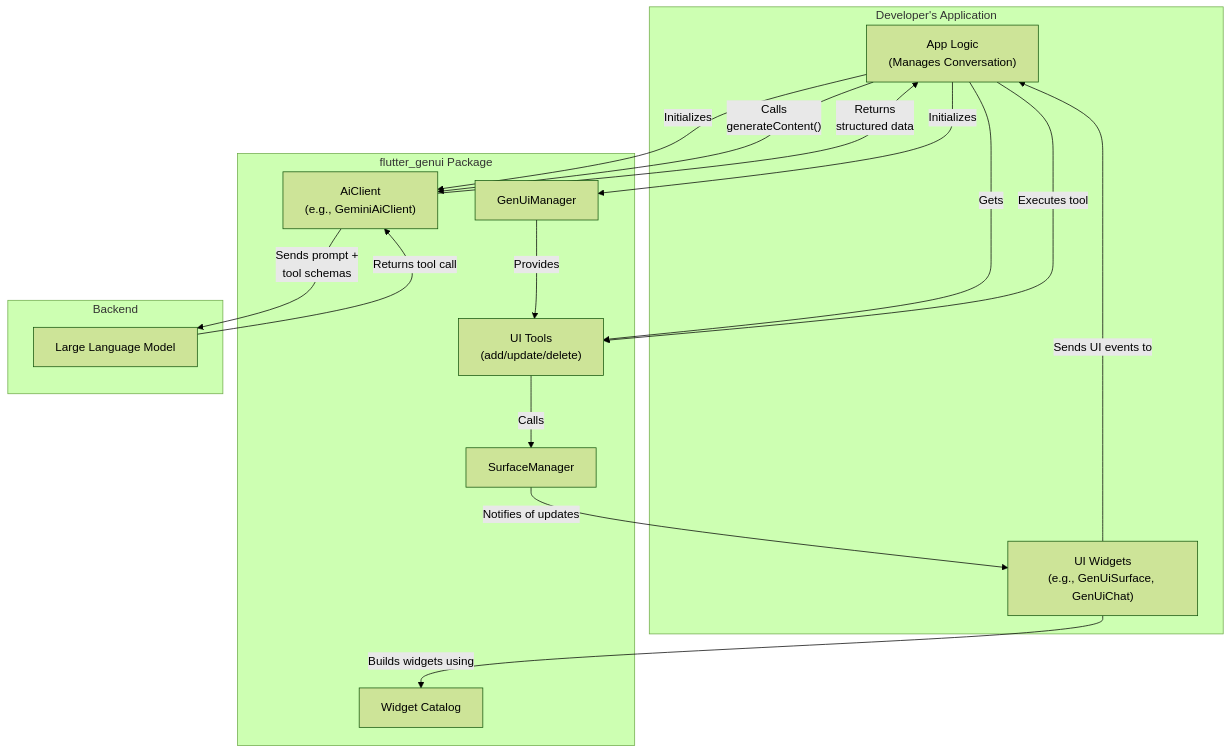
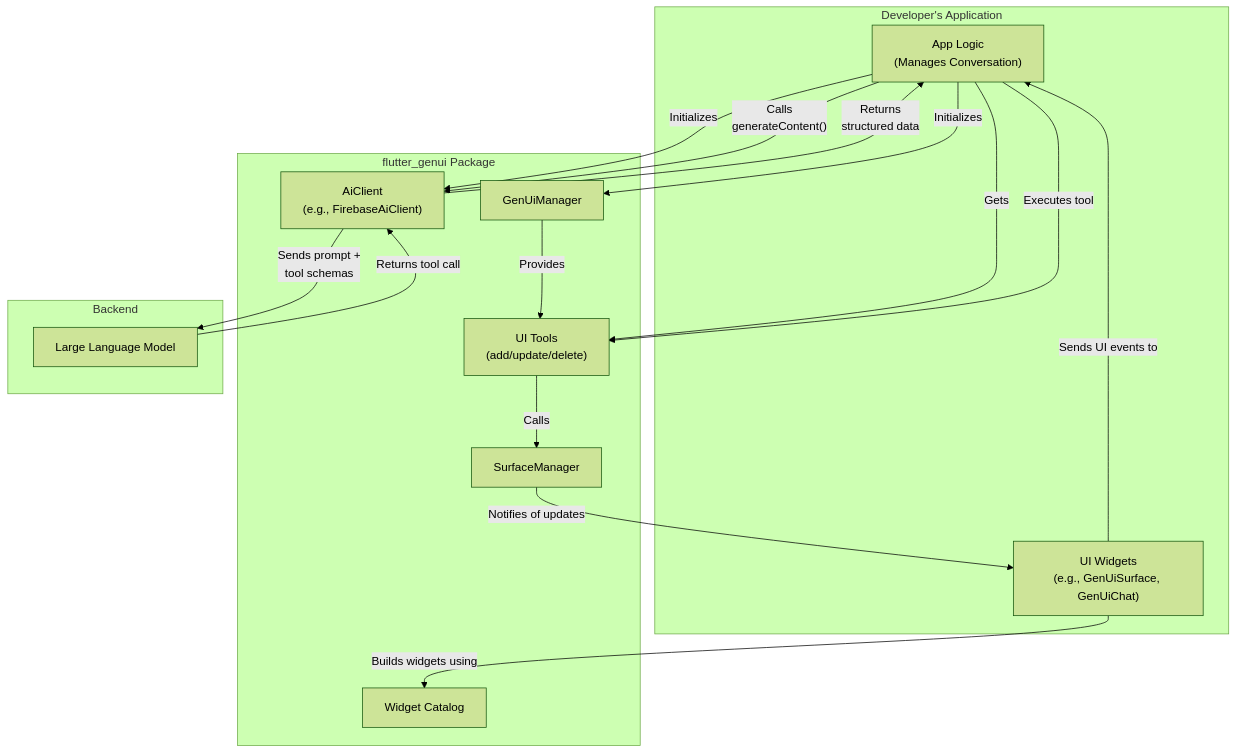
Before and after one commit to flutter/genui: the first of 2 diagrams in pkgs/flutter_genui/IMPLEMENTATION.md, drawn with Mermaid (forest theme). The commit also changed other lines of this file and 9 other files, not shown here.

````diff
--- a/pkgs/flutter_genui/IMPLEMENTATION.md
+++ b/pkgs/flutter_genui/IMPLEMENTATION.md
@@ -15,37 +15,37 @@
 ```mermaid
 graph TD
     subgraph "Developer's Application"
         AppLogic["App Logic<br>(Manages Conversation)"]
         UIWidgets["UI Widgets<br>(e.g., GenUiSurface, GenUiChat)"]
     end
 
     subgraph "flutter_genui Package"
         GenUiManager["GenUiManager"]
         SurfaceManager["SurfaceManager"]
-        AiClient["AiClient<br>(e.g., GeminiAiClient)"]
+        AiClient["AiClient<br>(e.g., FirebaseAiClient)"]
         Catalog["Widget Catalog"]
         UiTools["UI Tools<br>(add/update/delete)"]
     end
 
     subgraph "Backend"
         LLM["Large Language Model"]
     end
 
     AppLogic -- "Initializes" --> GenUiManager
     AppLogic -- "Initializes" --> AiClient
     GenUiManager -- "Provides" --> UiTools
     AppLogic -- "Gets" --> UiTools
 
     AppLogic -- "Calls<br>generateContent()" --> AiClient
     AiClient -- "Sends prompt +<br>tool schemas" --> LLM
     LLM -- "Returns tool call" --> AiClient
     AiClient -- "Returns<br>structured data" --> AppLogic
 
     AppLogic -- "Executes tool" --> UiTools
     UiTools -- "Calls" --> SurfaceManager
 
     SurfaceManager -- "Notifies of updates" --> UIWidgets
     UIWidgets -- "Builds widgets using" --> Catalog
     UIWidgets -- "Sends UI events to" --> AppLogic
 
 ```
````
